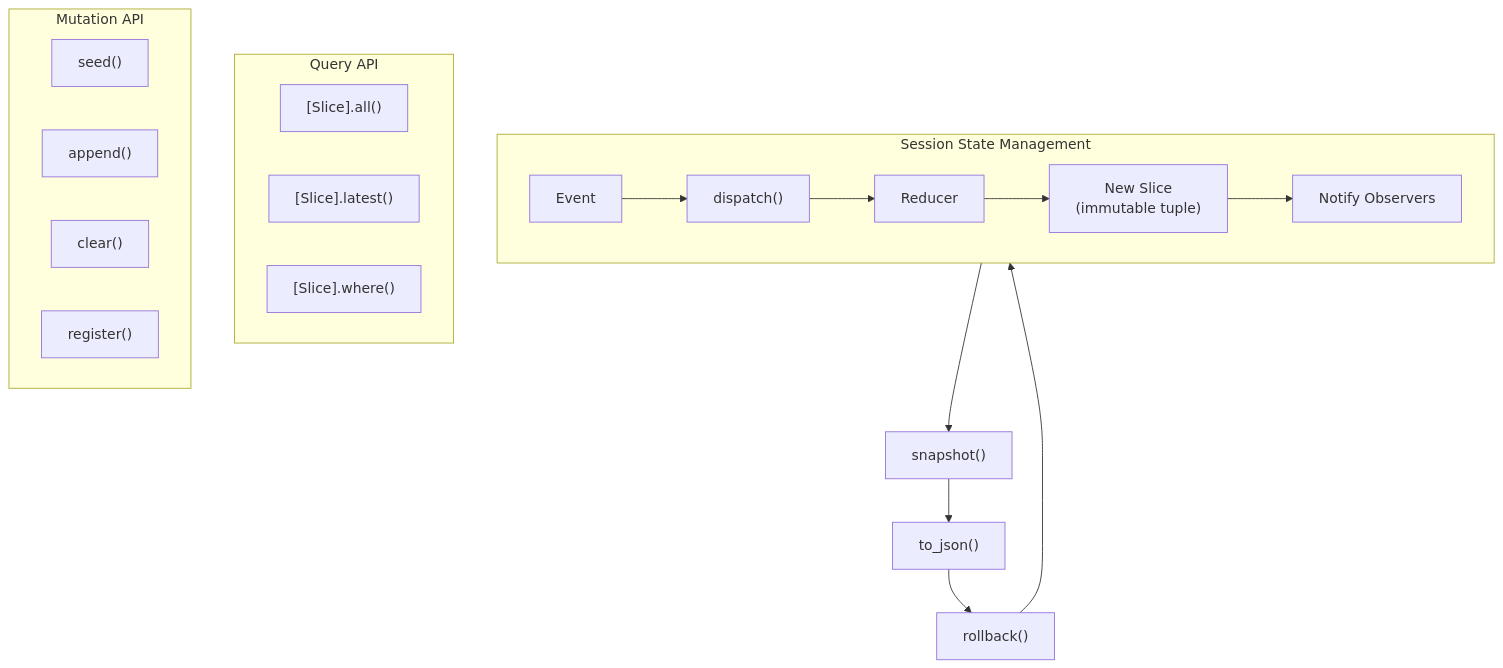
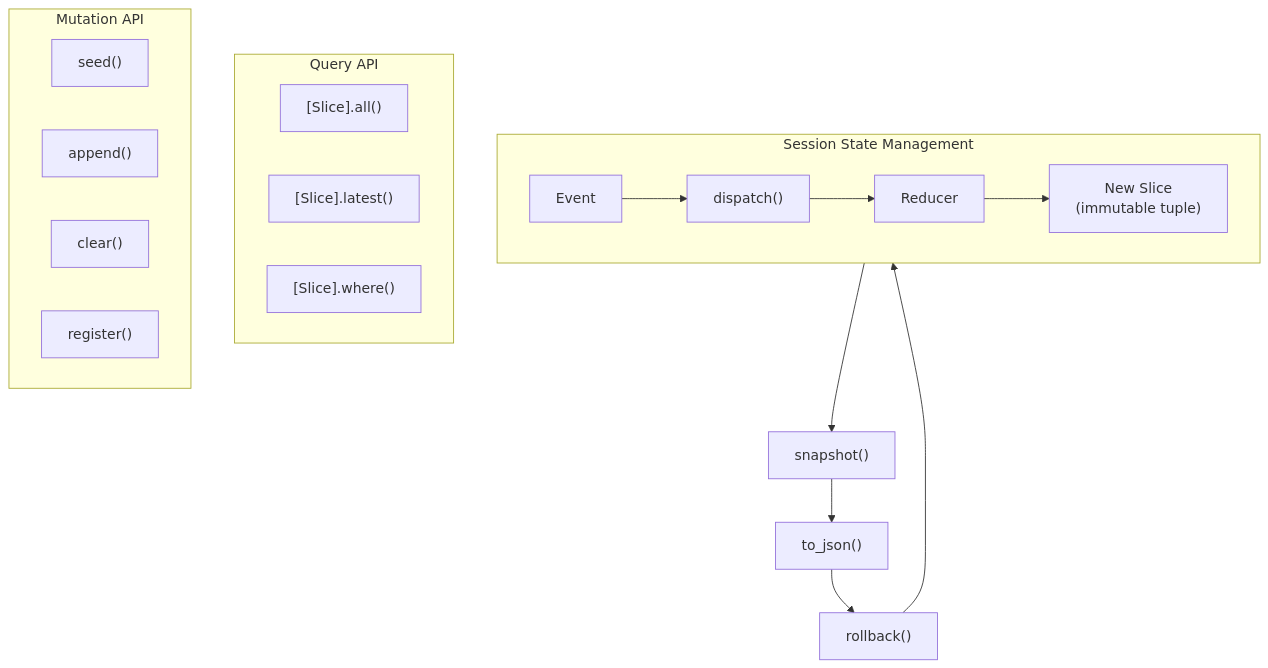
The first of 2 diagrams in specs/SESSIONS.md (weakincentives/weakincentives), drawn with Mermaid before and after one commit. The commit also changed other lines of this file and 8 other files, not shown here.

````diff
--- a/specs/SESSIONS.md
+++ b/specs/SESSIONS.md
@@ -21,27 +21,26 @@
 ```mermaid
 flowchart TB
     subgraph Session["Session State Management"]
         Event["Event"] --> Dispatch["dispatch()"]
         Dispatch --> Reducer["Reducer"]
         Reducer --> NewSlice["New Slice<br/>(immutable tuple)"]
-        NewSlice --> Observers["Notify Observers"]
     end
 
     subgraph Query["Query API"]
         All["[Slice].all()"]
         Latest["[Slice].latest()"]
         Where["[Slice].where()"]
     end
 
     subgraph Mutate["Mutation API"]
         Seed["seed()"]
         Append["append()"]
         Clear["clear()"]
         Register["register()"]
     end
 
     Session --> Snapshot["snapshot()"]
     Snapshot --> JSON["to_json()"]
     JSON --> Restore["rollback()"]
     Restore --> Session
 ```
````
